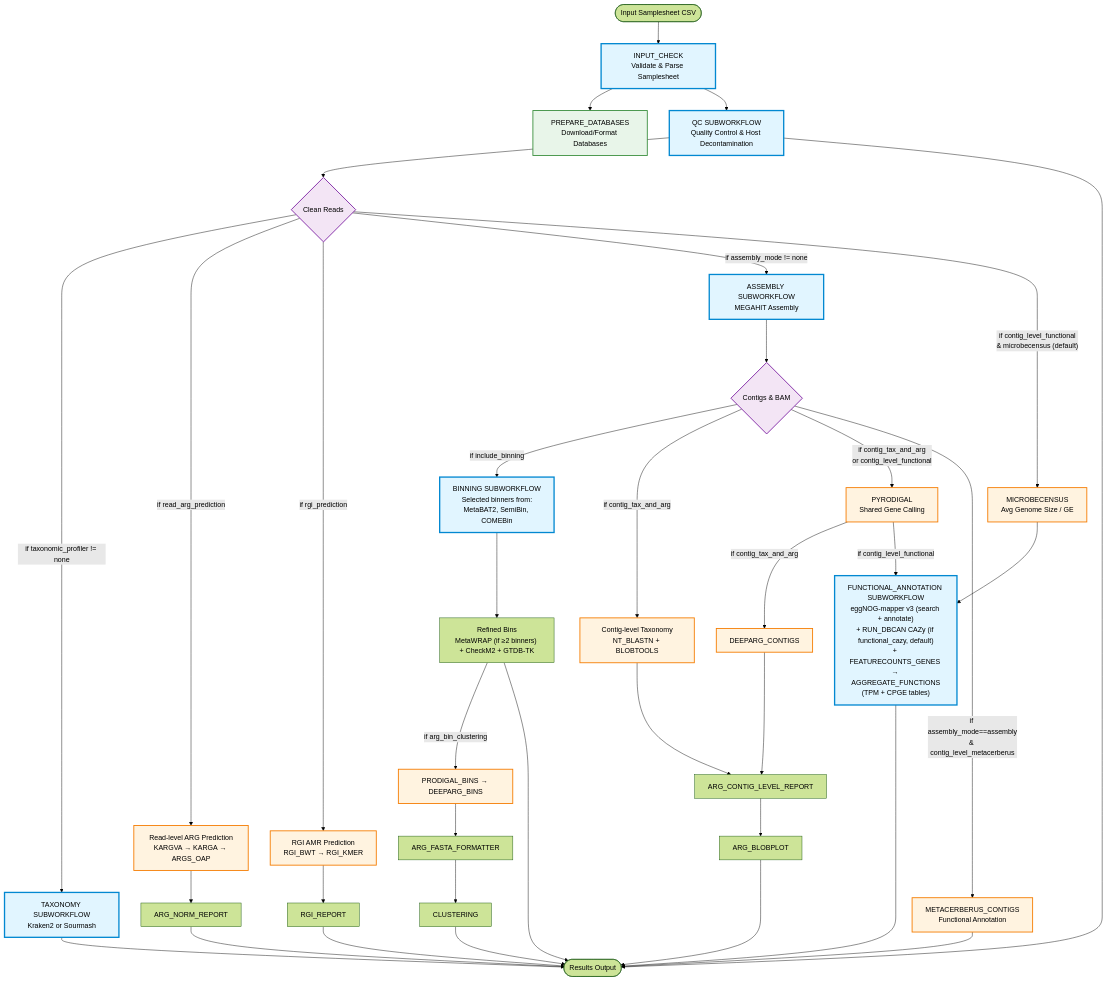
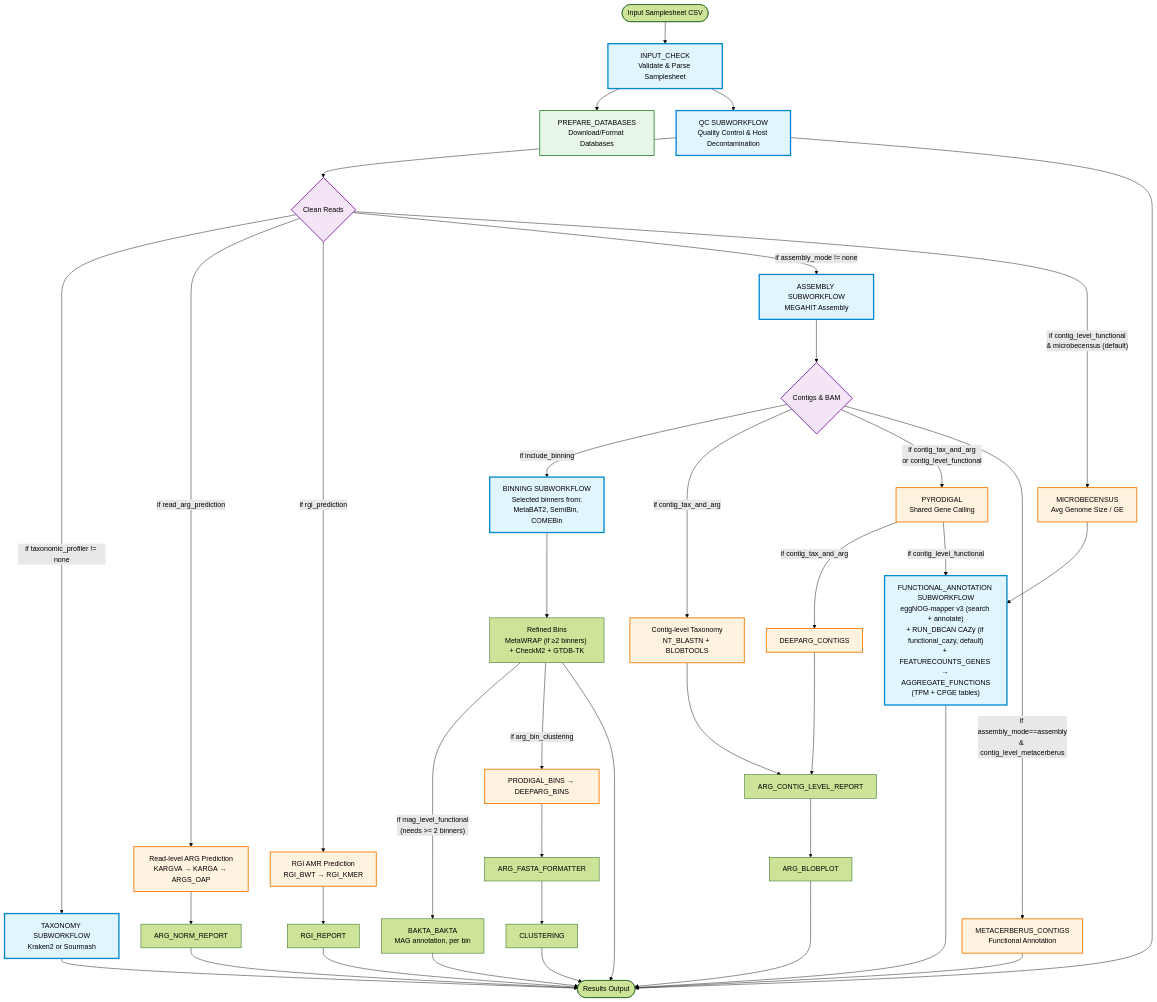
One commit to gene2dis/BugBuster changed the first of 8 diagrams in docs/WORKFLOW_DIAGRAM.md. Above: the diagram before and after it, drawn with Mermaid (forest theme). The commit also changed other lines of this file and 29 other files, not shown here.

First line of the commit message:
feat(functional): add Bakta MAG annotation of refined bins (T7)

````diff
--- a/docs/WORKFLOW_DIAGRAM.md
+++ b/docs/WORKFLOW_DIAGRAM.md
@@ -10,73 +10,75 @@
 ```mermaid
 flowchart TD
     Start([Input Samplesheet CSV]) --> InputCheck[INPUT_CHECK<br/>Validate & Parse Samplesheet]
     
     InputCheck --> PrepDB[PREPARE_DATABASES<br/>Download/Format Databases]
     InputCheck --> QC
     
     %% Quality Control Branch
     QC[QC SUBWORKFLOW<br/>Quality Control & Host Decontamination] --> CleanReads{Clean Reads}
     
     %% Taxonomy Branch
     CleanReads -->|if taxonomic_profiler != none| Taxonomy[TAXONOMY SUBWORKFLOW<br/>Kraken2 or Sourmash]
     
     %% Read-level ARG Branch
     CleanReads -->|if read_arg_prediction| ReadARG[Read-level ARG Prediction<br/>KARGVA → KARGA → ARGS_OAP]
     ReadARG --> ARGNorm[ARG_NORM_REPORT]
 
     %% RGI Branch
     CleanReads -->|if rgi_prediction| RGI[RGI AMR Prediction<br/>RGI_BWT → RGI_KMER]
     RGI --> RGIReport[RGI_REPORT]
     
     %% Assembly Branch
     CleanReads -->|if assembly_mode != none| Assembly[ASSEMBLY SUBWORKFLOW<br/>MEGAHIT Assembly]
     
     Assembly --> Contigs{Contigs & BAM}
     
     %% Binning Branch
     Contigs -->|if include_binning| Binning[BINNING SUBWORKFLOW<br/>Selected binners from:<br/>MetaBAT2, SemiBin, COMEBin]
     Binning --> RefinedBins["Refined Bins<br/>MetaWRAP (if ≥2 binners) + CheckM2 + GTDB-TK"]
     
     %% Contig-level Analysis Branch
     Contigs -->|if contig_tax_and_arg| ContigTax[Contig-level Taxonomy<br/>NT_BLASTN + BLOBTOOLS]
     Contigs -->|"if contig_tax_and_arg<br/>or contig_level_functional"| Pyrodigal[PYRODIGAL<br/>Shared Gene Calling]
     Pyrodigal -->|if contig_tax_and_arg| ContigARG[DEEPARG_CONTIGS]
     ContigTax --> ARGContigReport
     ContigARG --> ARGContigReport[ARG_CONTIG_LEVEL_REPORT]
     ARGContigReport --> ARGBlobplot[ARG_BLOBPLOT]
 
     %% Functional Annotation Branch
     CleanReads -->|"if contig_level_functional<br/>& microbecensus (default)"| MicrobeCensus[MICROBECENSUS<br/>Avg Genome Size / GE]
     Pyrodigal -->|if contig_level_functional| Functional["FUNCTIONAL_ANNOTATION SUBWORKFLOW<br/>eggNOG-mapper v3 (search + annotate)<br/>+ RUN_DBCAN CAZy (if functional_cazy, default)<br/>+ FEATURECOUNTS_GENES → AGGREGATE_FUNCTIONS<br/>(TPM + CPGE tables)"]
     MicrobeCensus --> Functional
+    RefinedBins -->|"if mag_level_functional<br/>(needs >= 2 binners)"| Bakta[BAKTA_BAKTA<br/>MAG annotation, per bin]
 
     %% MetaCerberus Branch
     Contigs -->|if assembly_mode==assembly<br/>& contig_level_metacerberus| MetaCerberus[METACERBERUS_CONTIGS<br/>Functional Annotation]
     
     %% Bin ARG Clustering Branch
     RefinedBins -->|if arg_bin_clustering| BinARG[PRODIGAL_BINS → DEEPARG_BINS]
     BinARG --> ARGFormat[ARG_FASTA_FORMATTER]
     ARGFormat --> Clustering[CLUSTERING]
     
     %% End
     QC --> End([Results Output])
     Taxonomy --> End
     ARGNorm --> End
     RGIReport --> End
     ARGBlobplot --> End
     Clustering --> End
     MetaCerberus --> End
     Functional --> End
+    Bakta --> End
     RefinedBins --> End
 
     %% Styling
     classDef subworkflow fill:#e1f5ff,stroke:#0288d1,stroke-width:3px
     classDef module fill:#fff3e0,stroke:#f57c00,stroke-width:2px
     classDef decision fill:#f3e5f5,stroke:#7b1fa2,stroke-width:2px
     classDef database fill:#e8f5e9,stroke:#388e3c,stroke-width:2px
     
     class InputCheck,QC,Taxonomy,Assembly,Binning,Functional subworkflow
     class ReadARG,RGI,ContigTax,ContigARG,BinARG,MetaCerberus,Pyrodigal,MicrobeCensus module
     class CleanReads,Contigs decision
     class PrepDB database
 ```
````
